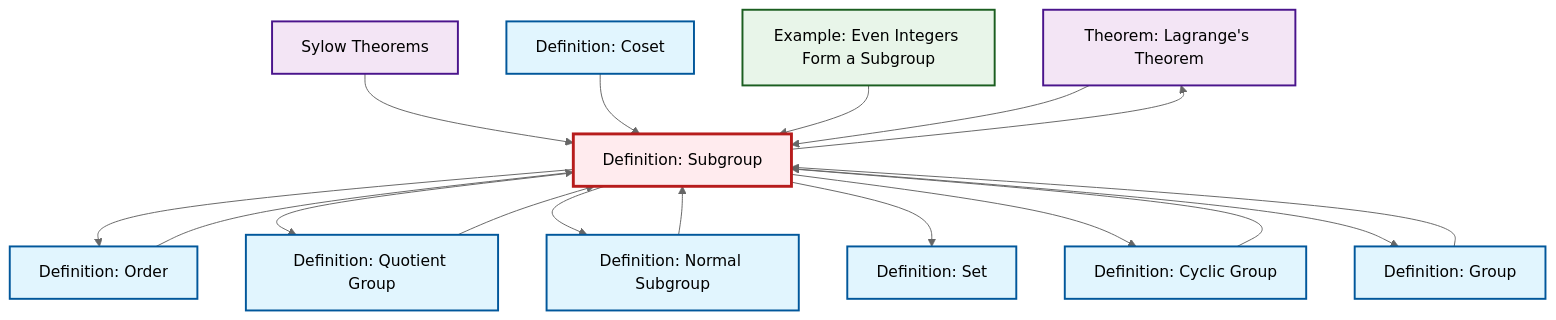
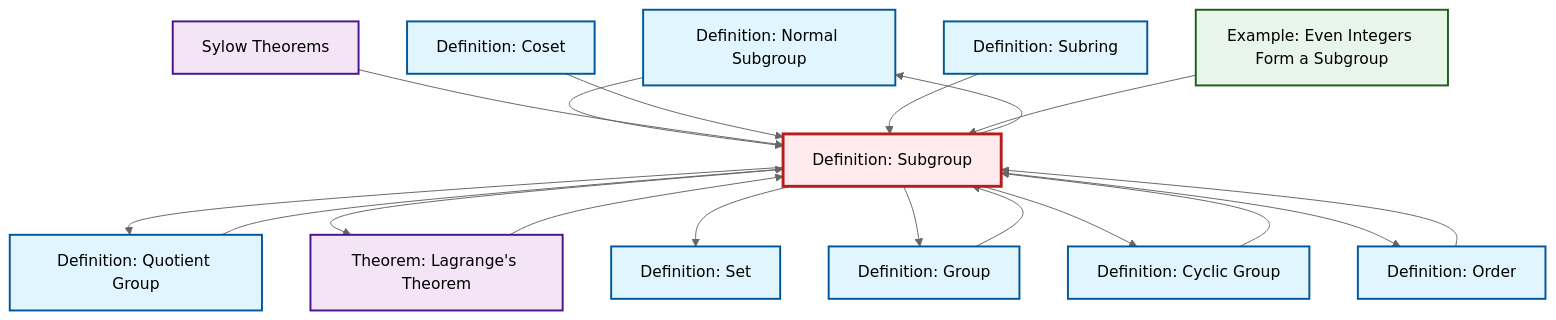
The diagram in content/ja/algebra/def-subgroup.qmd (RK0429/ModernMath), drawn with Mermaid (neutral theme) before and after one commit. The commit also changed 619 other files, not shown here.

````diff
--- a/content/ja/algebra/def-subgroup.qmd
+++ b/content/ja/algebra/def-subgroup.qmd
@@ -53,47 +53,50 @@
 ```{mermaid}
 %%| fig-cap: "Local dependency graph"
 graph TD
     classDef definition fill:#e1f5fe,stroke:#01579b,stroke-width:2px
     classDef theorem fill:#f3e5f5,stroke:#4a148c,stroke-width:2px
     classDef axiom fill:#fff3e0,stroke:#e65100,stroke-width:2px
     classDef example fill:#e8f5e9,stroke:#1b5e20,stroke-width:2px
     classDef current fill:#ffebee,stroke:#b71c1c,stroke-width:3px
+    def-normal-subgroup["Definition: Normal Subgroup"]:::definition
     thm-lagrange["Theorem: Lagrange's Theorem"]:::theorem
+    def-group["Definition: Group"]:::definition
+    def-set["Definition: Set"]:::definition
+    def-cyclic-group["Definition: Cyclic Group"]:::definition
+    def-subgroup["Definition: Subgroup"]:::definition
+    def-quotient-group["Definition: Quotient Group"]:::definition
+    def-subring["Definition: Subring"]:::definition
+    thm-sylow["Sylow Theorems"]:::theorem
+    def-coset["Definition: Coset"]:::definition
     def-order["Definition: Order"]:::definition
-    def-cyclic-group["Definition: Cyclic Group"]:::definition
     ex-even-integers-subgroup["Example: Even Integers Form a Subgroup"]:::example
-    thm-sylow["Sylow Theorems"]:::theorem
-    def-set["Definition: Set"]:::definition
-    def-coset["Definition: Coset"]:::definition
-    def-normal-subgroup["Definition: Normal Subgroup"]:::definition
-    def-quotient-group["Definition: Quotient Group"]:::definition
-    def-subgroup["Definition: Subgroup"]:::definition
-    def-group["Definition: Group"]:::definition
+    def-cyclic-group --> def-subgroup
+    def-normal-subgroup --> def-subgroup
+    def-subgroup --> def-quotient-group
     thm-sylow --> def-subgroup
-    def-subgroup --> def-order
-    def-quotient-group --> def-subgroup
-    def-subgroup --> def-quotient-group
-    def-group --> def-subgroup
+    def-subgroup --> thm-lagrange
     def-subgroup --> def-normal-subgroup
     def-coset --> def-subgroup
-    def-subgroup --> def-set
-    def-subgroup --> def-cyclic-group
-    ex-even-integers-subgroup --> def-subgroup
     def-order --> def-subgroup
     thm-lagrange --> def-subgroup
-    def-cyclic-group --> def-subgroup
-    def-normal-subgroup --> def-subgroup
+    def-subring --> def-subgroup
+    def-subgroup --> def-set
+    def-group --> def-subgroup
+    def-quotient-group --> def-subgroup
     def-subgroup --> def-group
-    def-subgroup --> thm-lagrange
+    def-subgroup --> def-cyclic-group
+    def-subgroup --> def-order
+    ex-even-integers-subgroup --> def-subgroup
     class def-subgroup current
+    click def-normal-subgroup "def-normal-subgroup.html" "Definition: Normal Subgroupへ"
     click thm-lagrange "thm-lagrange.html" "Theorem: Lagrange's Theoremへ"
+    click def-group "def-group.html" "Definition: Groupへ"
+    click def-set "def-set.html" "Definition: Setへ"
+    click def-cyclic-group "def-cyclic-group.html" "Definition: Cyclic Groupへ"
+    click def-quotient-group "def-quotient-group.html" "Definition: Quotient Groupへ"
+    click def-subring "def-subring.html" "Definition: Subringへ"
+    click thm-sylow "thm-sylow.html" "Sylow Theoremsへ"
+    click def-coset "def-coset.html" "Definition: Cosetへ"
     click def-order "def-order.html" "Definition: Orderへ"
-    click def-cyclic-group "def-cyclic-group.html" "Definition: Cyclic Groupへ"
     click ex-even-integers-subgroup "ex-even-integers-subgroup.html" "Example: Even Integers Form a Subgroupへ"
-    click thm-sylow "thm-sylow.html" "Sylow Theoremsへ"
-    click def-set "def-set.html" "Definition: Setへ"
-    click def-coset "def-coset.html" "Definition: Cosetへ"
-    click def-normal-subgroup "def-normal-subgroup.html" "Definition: Normal Subgroupへ"
-    click def-quotient-group "def-quotient-group.html" "Definition: Quotient Groupへ"
-    click def-group "def-group.html" "Definition: Groupへ"
 ```
````
